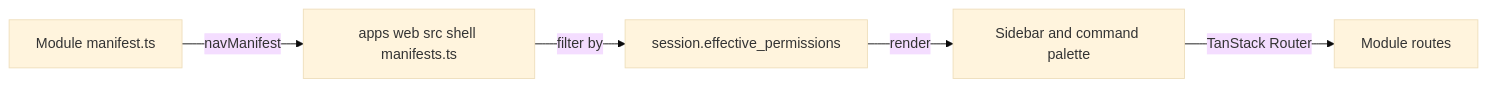
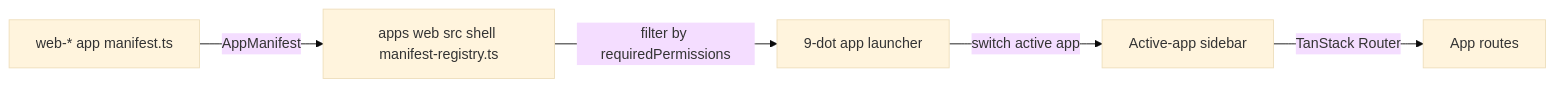
The seventh of 8 diagrams in docs/architecture.md (Seta-International/agent-platform), drawn with Mermaid (base theme) before and after one commit. The commit also changed other lines of this file and 18 other files, not shown here.

First line of the commit message:
feat: enhance product shell with "Ask Seta" panel and app manifests

````diff
--- a/docs/architecture.md
+++ b/docs/architecture.md
@@ -501,7 +506,7 @@
 ```mermaid
 flowchart LR
-    Mod[Module manifest.ts] -->|navManifest| Reg[apps web src shell manifests.ts]
-    Reg -->|filter by| Perm[session.effective_permissions]
-    Perm -->|render| Nav[Sidebar and command palette]
-    Nav -->|TanStack Router| Routes[Module routes]
+    App[web-* app manifest.ts] -->|AppManifest| Reg[apps web src shell manifest-registry.ts]
+    Reg -->|filter by requiredPermissions| Launch[9-dot app launcher]
+    Launch -->|switch active app| Side[Active-app sidebar]
+    Side -->|TanStack Router| Routes[App routes]
 ```
````
